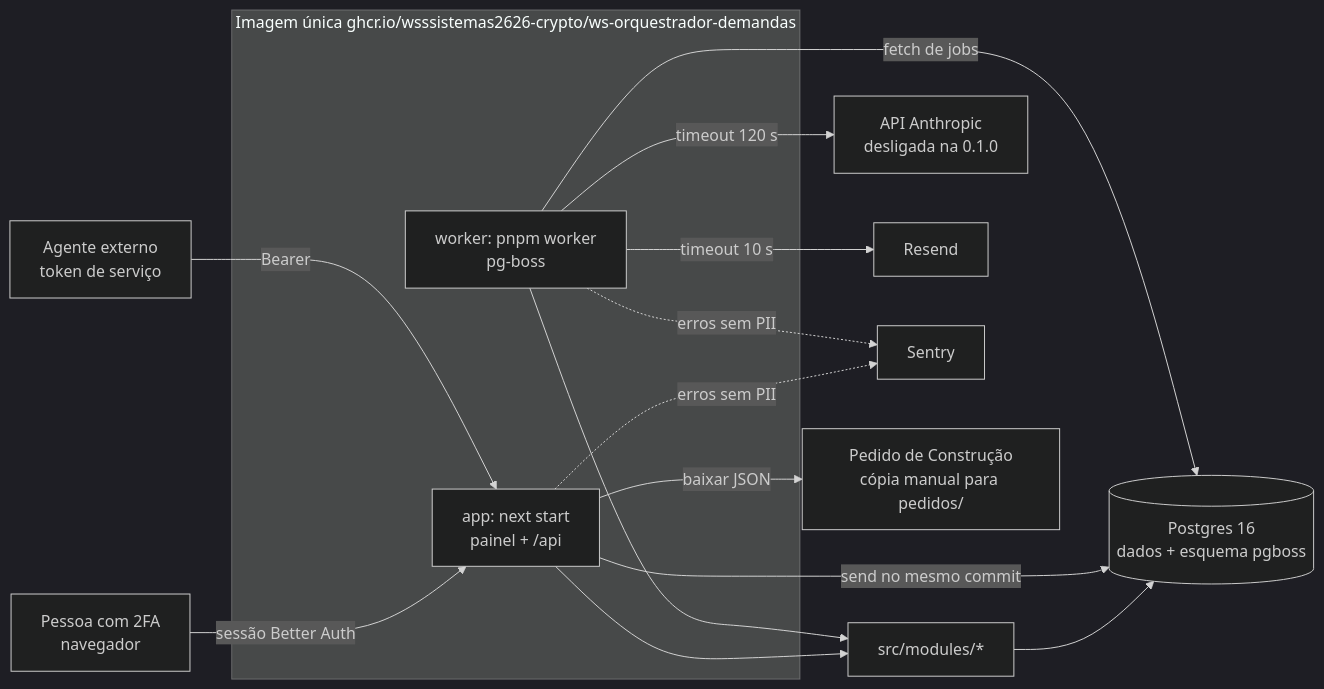
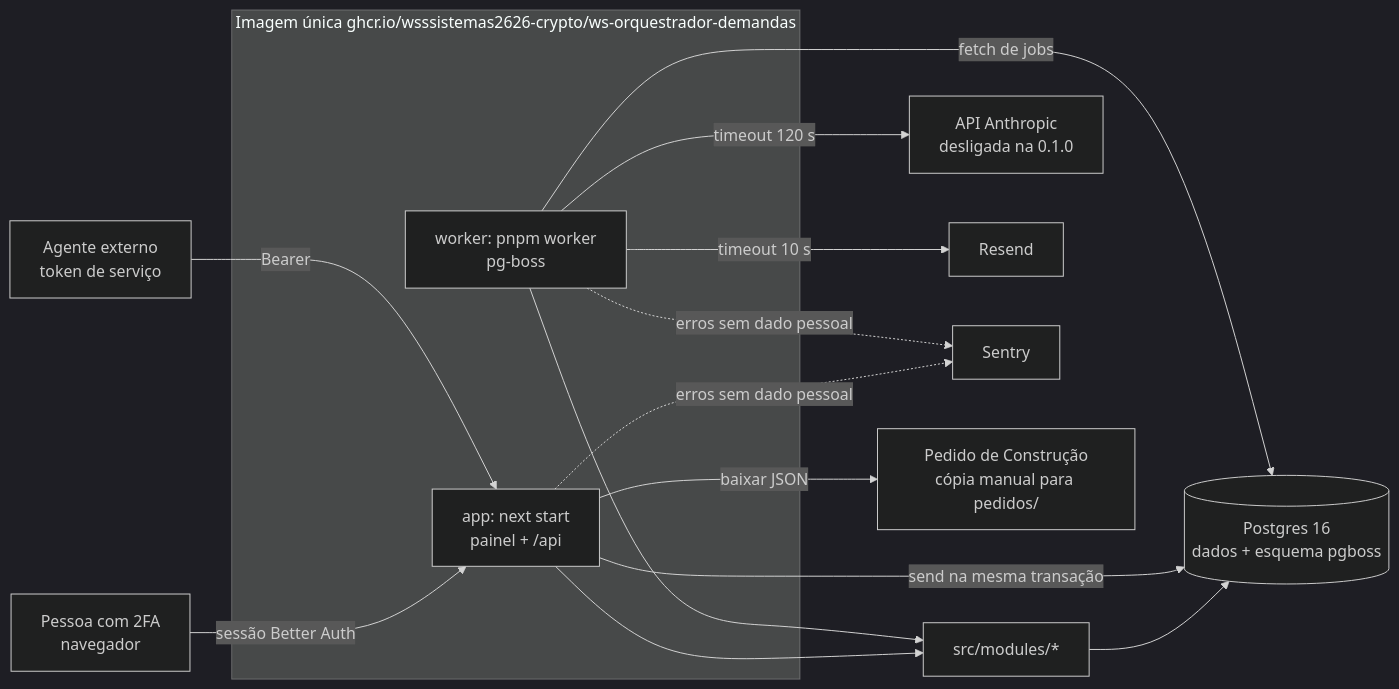
One commit to wsssistemas2626-crypto/ws-orquestrador-demandas changed the diagram in docs/construcao/DEC-DEM-20261022-0001-v1/02-arquiteto-solucoes.md. Above: the diagram before and after it, drawn with Mermaid (dark theme). The commit also changed other lines of this file and 1 other file, not shown here.

````diff
--- a/docs/construcao/DEC-DEM-20261022-0001-v1/02-arquiteto-solucoes.md
+++ b/docs/construcao/DEC-DEM-20261022-0001-v1/02-arquiteto-solucoes.md
@@ -23,19 +30,19 @@
 ```mermaid
 flowchart LR
   P[Pessoa com 2FA<br/>navegador] -->|sessão Better Auth| APP
   AE[Agente externo<br/>token de serviço] -->|Bearer| APP
   subgraph Imagem única ghcr.io/wsssistemas2626-crypto/ws-orquestrador-demandas
     APP[app: next start<br/>painel + /api]
     WK[worker: pnpm worker<br/>pg-boss]
   end
   APP --> MOD[src/modules/*]
   WK --> MOD
   MOD --> DB[(Postgres 16<br/>dados + esquema pgboss)]
-  APP -->|send no mesmo commit| DB
+  APP -->|send na mesma transação| DB
   WK -->|fetch de jobs| DB
   WK -->|timeout 120 s| ANT[API Anthropic<br/>desligada na 0.1.0]
   WK -->|timeout 10 s| RES[Resend]
-  APP -. erros sem PII .-> SEN[Sentry]
-  WK -. erros sem PII .-> SEN
+  APP -. erros sem dado pessoal .-> SEN[Sentry]
+  WK -. erros sem dado pessoal .-> SEN
   APP -->|baixar JSON| PC[Pedido de Construção<br/>cópia manual para pedidos/]
 ```
````
